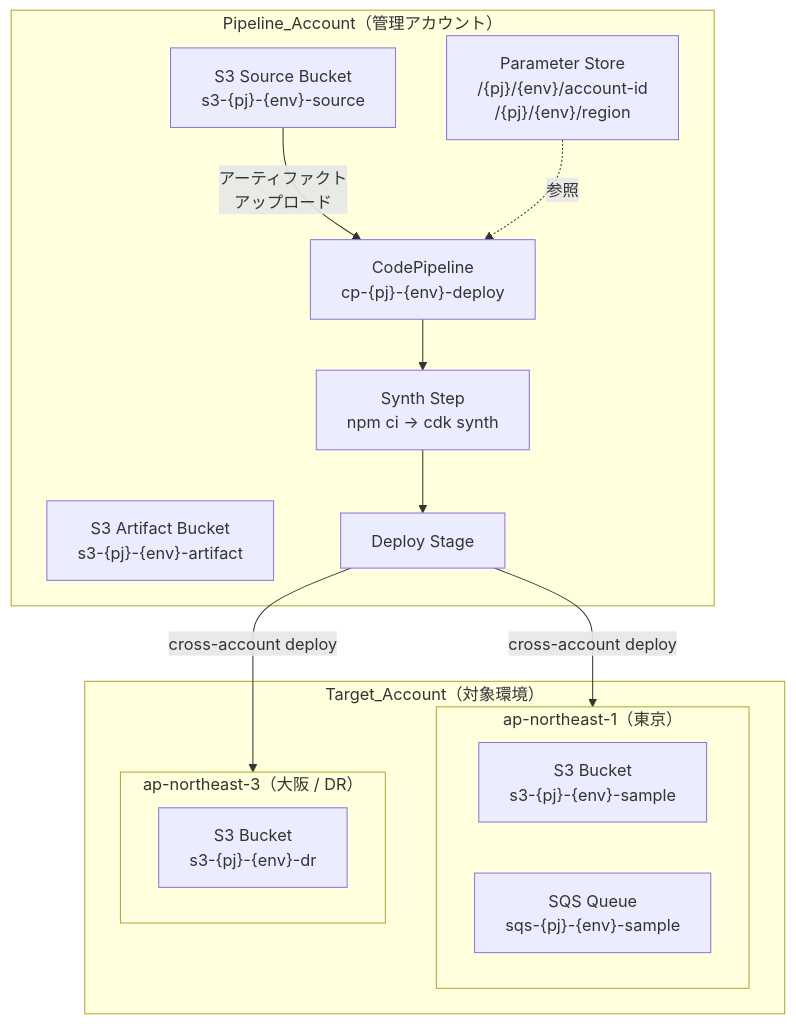
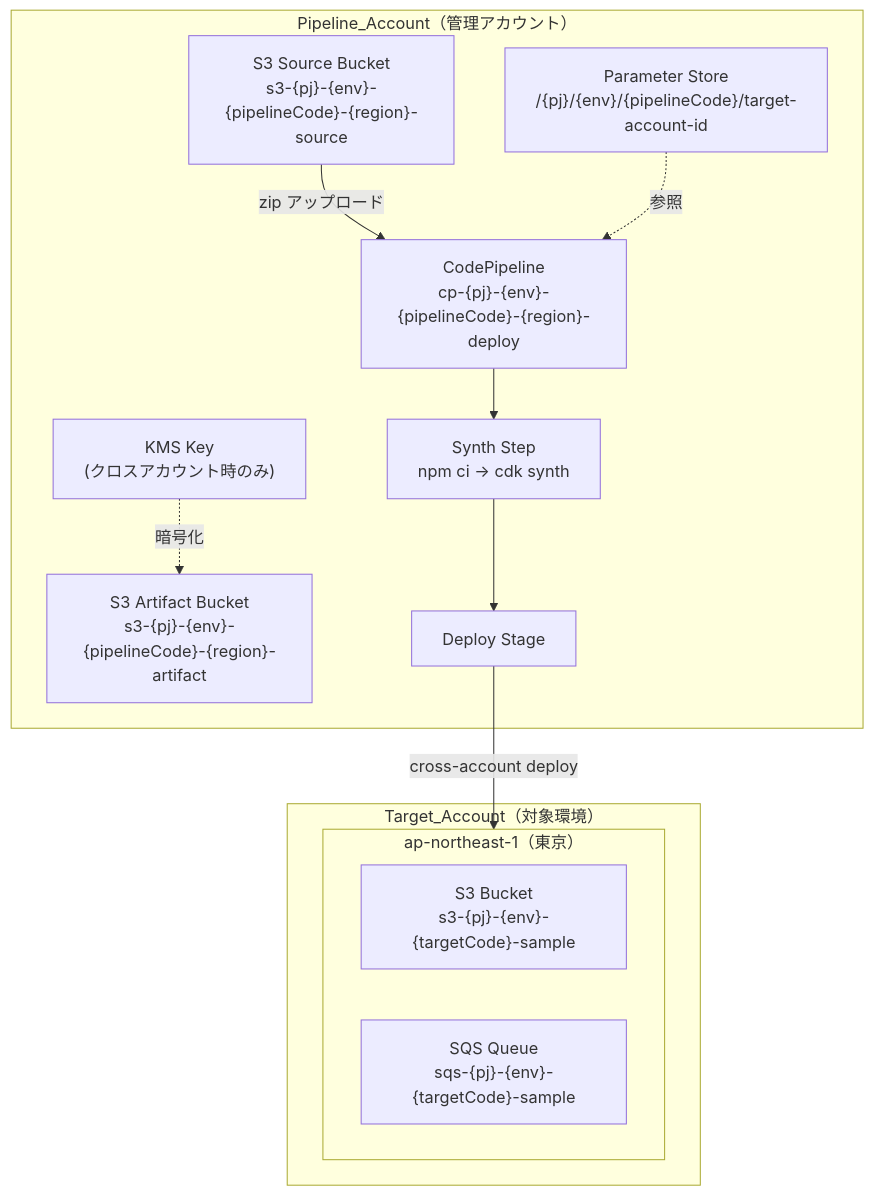
Before and after one commit to m-kotaro/cdk-pipeline-002: the first of 3 diagrams in .kiro/specs/cdk-pipeline-sample/design.md, drawn with Mermaid. The commit also changed other lines of this file and 11 other files, not shown here.

````diff
--- a/.kiro/specs/cdk-pipeline-sample/design.md
+++ b/.kiro/specs/cdk-pipeline-sample/design.md
@@ -17,28 +17,26 @@
 ```mermaid
 graph TB
     subgraph Pipeline_Account["Pipeline_Account（管理アカウント）"]
-        S3Source["S3 Source Bucket<br/>s3-{pj}-{env}-source"]
-        S3Artifact["S3 Artifact Bucket<br/>s3-{pj}-{env}-artifact"]
-        SSM["Parameter Store<br/>/{pj}/{env}/account-id<br/>/{pj}/{env}/region"]
-        CP["CodePipeline<br/>cp-{pj}-{env}-deploy"]
+        S3Source["S3 Source Bucket<br/>s3-{pj}-{env}-{pipelineCode}-{region}-source"]
+        S3Artifact["S3 Artifact Bucket<br/>s3-{pj}-{env}-{pipelineCode}-{region}-artifact"]
+        KMS["KMS Key<br/>(クロスアカウント時のみ)"]
+        SSM["Parameter Store<br/>/{pj}/{env}/{pipelineCode}/target-account-id"]
+        CP["CodePipeline<br/>cp-{pj}-{env}-{pipelineCode}-{region}-deploy"]
         Synth["Synth Step<br/>npm ci → cdk synth"]
         Deploy["Deploy Stage"]
     end
 
     subgraph Target_Account["Target_Account（対象環境）"]
         subgraph Tokyo["ap-northeast-1（東京）"]
-            S3Sample["S3 Bucket<br/>s3-{pj}-{env}-sample"]
-            SQSSample["SQS Queue<br/>sqs-{pj}-{env}-sample"]
-        end
-        subgraph Osaka["ap-northeast-3（大阪 / DR）"]
-            DrS3["S3 Bucket<br/>s3-{pj}-{env}-dr"]
+            S3Sample["S3 Bucket<br/>s3-{pj}-{env}-{targetCode}-sample"]
+            SQSSample["SQS Queue<br/>sqs-{pj}-{env}-{targetCode}-sample"]
         end
     end
 
-    S3Source -->|"アーティファクト<br/>アップロード"| CP
+    S3Source -->|"zip アップロード"| CP
     CP --> Synth
     Synth --> Deploy
     Deploy -->|"cross-account deploy"| Tokyo
-    Deploy -->|"cross-account deploy"| Osaka
     SSM -.->|"参照"| CP
+    KMS -.->|"暗号化"| S3Artifact
 ```
````
